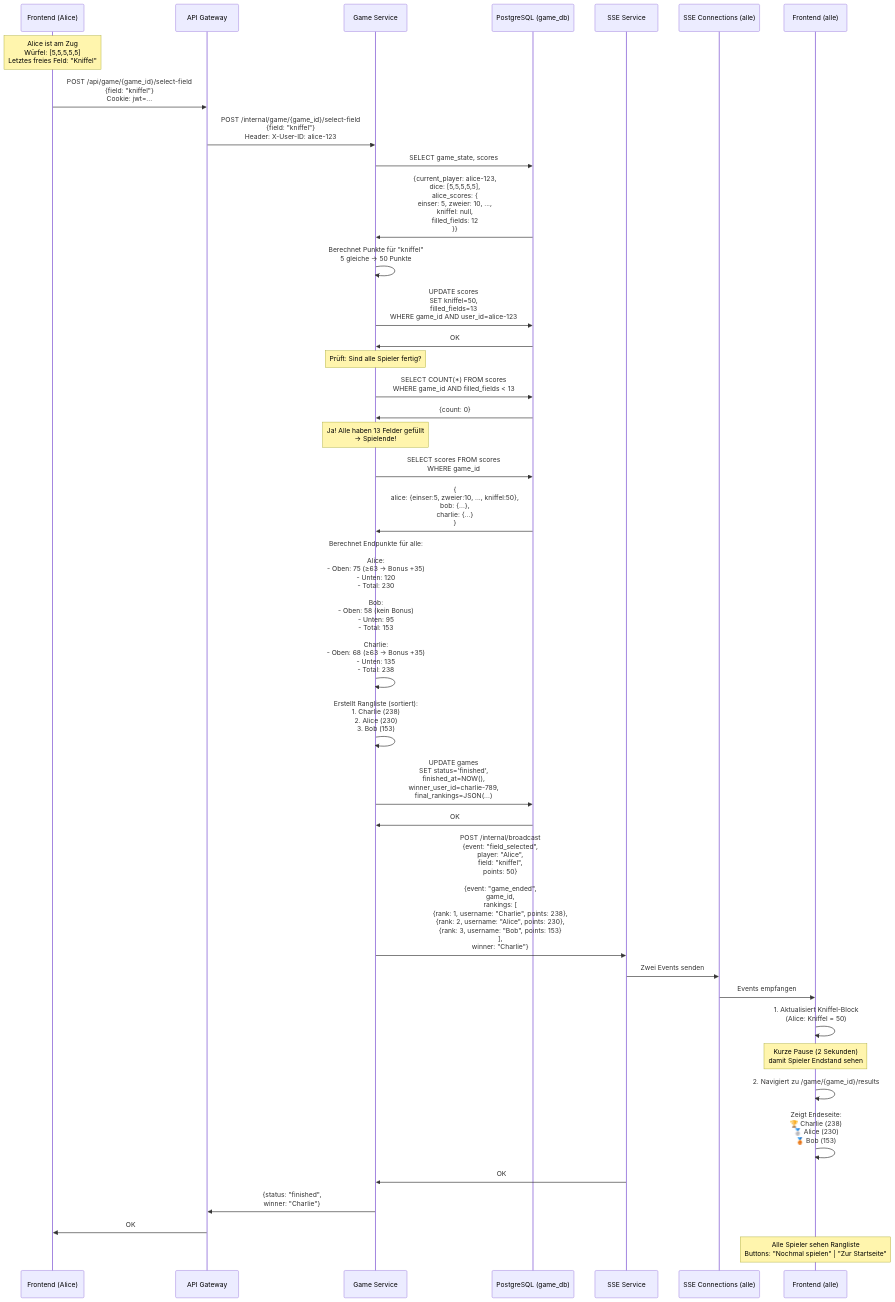
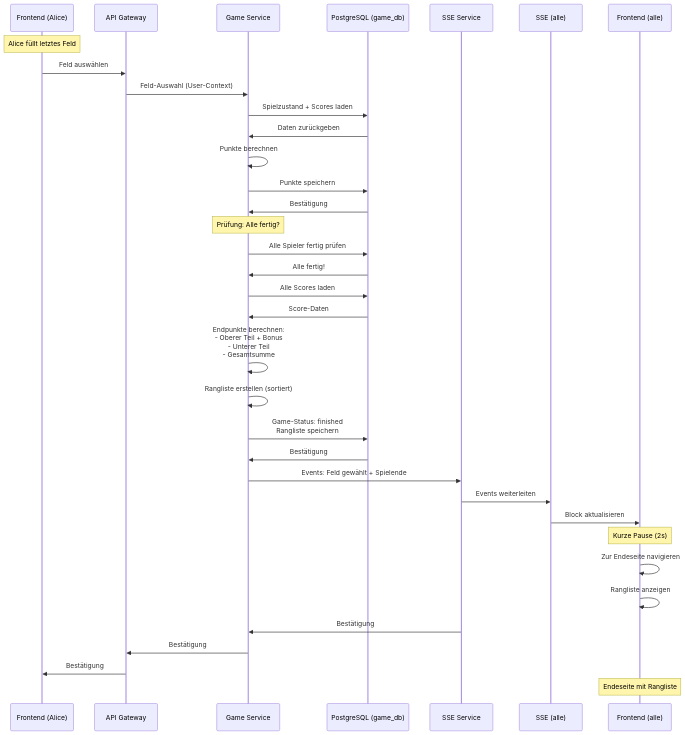
The eighth of 10 diagrams in Sequenzdiagramme.md (KnuffelGame/Project-Management), drawn with Mermaid before and after one commit. The commit also changed other lines of this file, not shown here.

````diff
--- a/Sequenzdiagramme.md
+++ b/Sequenzdiagramme.md
@@ -563,59 +547,53 @@
 ```mermaid
 sequenceDiagram
     participant Frontend_Alice as Frontend (Alice)
     participant Gateway as API Gateway
     participant Game as Game Service
     participant DB as PostgreSQL (game_db)
     participant SSE as SSE Service
-    participant SSE_All as SSE Connections (alle)
+    participant SSE_All as SSE (alle)
     participant Frontend_All as Frontend (alle)
 
-    Note over Frontend_Alice: Alice ist am Zug<br/>Würfel: [5,5,5,5,5]<br/>Letztes freies Feld: "Kniffel"
+    Note over Frontend_Alice: Alice füllt letztes Feld
 
-    Frontend_Alice->>Gateway: POST /api/game/{game_id}/select-field<br/>{field: "kniffel"}<br/>Cookie: jwt=...
+    Frontend_Alice->>Gateway: Feld auswählen
+    Gateway->>Game: Feld-Auswahl (User-Context)
     
-    Gateway->>Game: POST /internal/game/{game_id}/select-field<br/>{field: "kniffel"}<br/>Header: X-User-ID: alice-123
+    Game->>DB: Spielzustand + Scores laden
+    DB->>Game: Daten zurückgeben
     
-    Game->>DB: SELECT game_state, scores
-    DB->>Game: {current_player: alice-123,<br/>dice: [5,5,5,5,5],<br/>alice_scores: {<br/>  einser: 5, zweier: 10, ...,<br/>  kniffel: null,<br/>  filled_fields: 12<br/>}}
+    Game->>Game: Punkte berechnen
     
-    Game->>Game: Berechnet Punkte für "kniffel"<br/>5 gleiche → 50 Punkte
+    Game->>DB: Punkte speichern
+    DB->>Game: Bestätigung
     
-    Game->>DB: UPDATE scores<br/>SET kniffel=50,<br/>filled_fields=13<br/>WHERE game_id AND user_id=alice-123
-    DB->>Game: OK
+    Note over Game: Prüfung: Alle fertig?
     
-    Note over Game: Prüft: Sind alle Spieler fertig?
+    Game->>DB: Alle Spieler fertig prüfen
+    DB->>Game: Alle fertig!
     
-    Game->>DB: SELECT COUNT(*) FROM scores<br/>WHERE game_id AND filled_fields < 13
-    DB->>Game: {count: 0}
+    Game->>DB: Alle Scores laden
+    DB->>Game: Score-Daten
     
-    Note over Game: Ja! Alle haben 13 Felder gefüllt<br/>→ Spielende!
+    Game->>Game: Endpunkte berechnen:<br/>- Oberer Teil + Bonus<br/>- Unterer Teil<br/>- Gesamtsumme
     
-    Game->>DB: SELECT scores FROM scores<br/>WHERE game_id
-    DB->>Game: {<br/>  alice: {einser:5, zweier:10, ..., kniffel:50},<br/>  bob: {...},<br/>  charlie: {...}<br/>}
+    Game->>Game: Rangliste erstellen (sortiert)
     
-    Game->>Game: Berechnet Endpunkte für alle:<br/><br/>Alice:<br/>- Oben: 75 (≥63 → Bonus +35)<br/>- Unten: 120<br/>- Total: 230<br/><br/>Bob:<br/>- Oben: 58 (kein Bonus)<br/>- Unten: 95<br/>- Total: 153<br/><br/>Charlie:<br/>- Oben: 68 (≥63 → Bonus +35)<br/>- Unten: 135<br/>- Total: 238
+    Game->>DB: Game-Status: finished<br/>Rangliste speichern
+    DB->>Game: Bestätigung
     
-    Game->>Game: Erstellt Rangliste (sortiert):<br/>1. Charlie (238)<br/>2. Alice (230)<br/>3. Bob (153)
+    Game->>SSE: Events: Feld gewählt + Spielende
+    SSE->>SSE_All: Events weiterleiten
+    SSE_All->>Frontend_All: Block aktualisieren
     
-    Game->>DB: UPDATE games<br/>SET status='finished',<br/>finished_at=NOW(),<br/>winner_user_id=charlie-789,<br/>final_rankings=JSON(...)
-    DB->>Game: OK
+    Note over Frontend_All: Kurze Pause (2s)
     
-    Game->>SSE: POST /internal/broadcast<br/>{event: "field_selected",<br/>player: "Alice",<br/>field: "kniffel",<br/>points: 50}<br/><br/>{event: "game_ended",<br/>game_id,<br/>rankings: [<br/>  {rank: 1, username: "Charlie", points: 238},<br/>  {rank: 2, username: "Alice", points: 230},<br/>  {rank: 3, username: "Bob", points: 153}<br/>],<br/>winner: "Charlie"}
+    Frontend_All->>Frontend_All: Zur Endeseite navigieren
+    Frontend_All->>Frontend_All: Rangliste anzeigen
     
-    SSE->>SSE_All: Zwei Events senden
-    SSE_All->>Frontend_All: Events empfangen
-    
-    Frontend_All->>Frontend_All: 1. Aktualisiert Kniffel-Block<br/>(Alice: Kniffel = 50)
-    
-    Note over Frontend_All: Kurze Pause (2 Sekunden)<br/>damit Spieler Endstand sehen
-    
-    Frontend_All->>Frontend_All: 2. Navigiert zu /game/{game_id}/results
-    Frontend_All->>Frontend_All: Zeigt Endeseite:<br/>🏆 Charlie (238)<br/>🥈 Alice (230)<br/>🥉 Bob (153)
-    
-    SSE->>Game: OK
-    Game->>Gateway: {status: "finished",<br/>winner: "Charlie"}
-    Gateway->>Frontend_Alice: OK
+    SSE->>Game: Bestätigung
+    Game->>Gateway: Bestätigung
+    Gateway->>Frontend_Alice: Bestätigung
 
-    Note over Frontend_All: Alle Spieler sehen Rangliste<br/>Buttons: "Nochmal spielen" | "Zur Startseite"
+    Note over Frontend_All: Endeseite mit Rangliste
 ```
````
